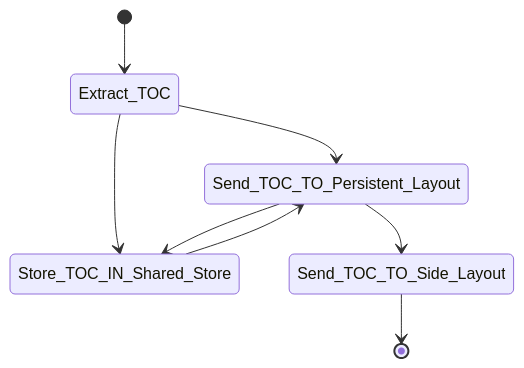
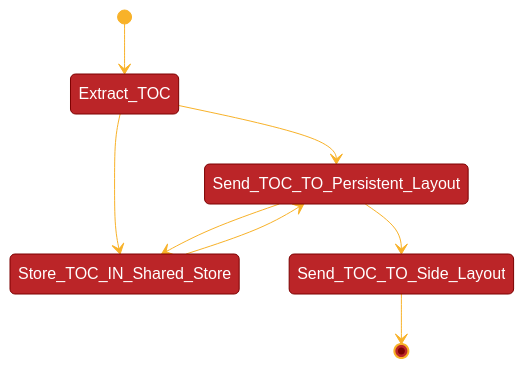
The diagram in resources/views/articles/2023/2023-07-30-how-to-send-data-from-page-to-layout.md (voiceinthedark/markdown-blog), drawn with Mermaid before and after one commit. The commit also changed other lines of this file and 8 other files, not shown here.

Commit message:
Fixed Mermaid rendering

````diff
--- a/resources/views/articles/2023/2023-07-30-how-to-send-data-from-page-to-layout.md
+++ b/resources/views/articles/2023/2023-07-30-how-to-send-data-from-page-to-layout.md
@@ -116,10 +115,23 @@
-```mermaid
+<pre class="mermaid">
+%%{
+  init: {
+    'theme': 'base',
+    'themeVariables': {
+      'primaryColor': '#BB2528',
+      'primaryTextColor': '#fff',
+      'primaryBorderColor': '#7C0000',
+      'lineColor': '#F8B229',
+      'secondaryColor': '#006100',
+      'tertiaryColor': '#fff'      
+    }
+  }
+}%%
 stateDiagram-v2
     [*] --> Extract_TOC
     Extract_TOC --> Send_TOC_TO_Persistent_Layout
     Extract_TOC --> Store_TOC_IN_Shared_Store
     Send_TOC_TO_Persistent_Layout --> Store_TOC_IN_Shared_Store
     Store_TOC_IN_Shared_Store --> Send_TOC_TO_Persistent_Layout
     Send_TOC_TO_Persistent_Layout --> Send_TOC_TO_Side_Layout
     Send_TOC_TO_Side_Layout --> [*]
-```
+</pre>
````
